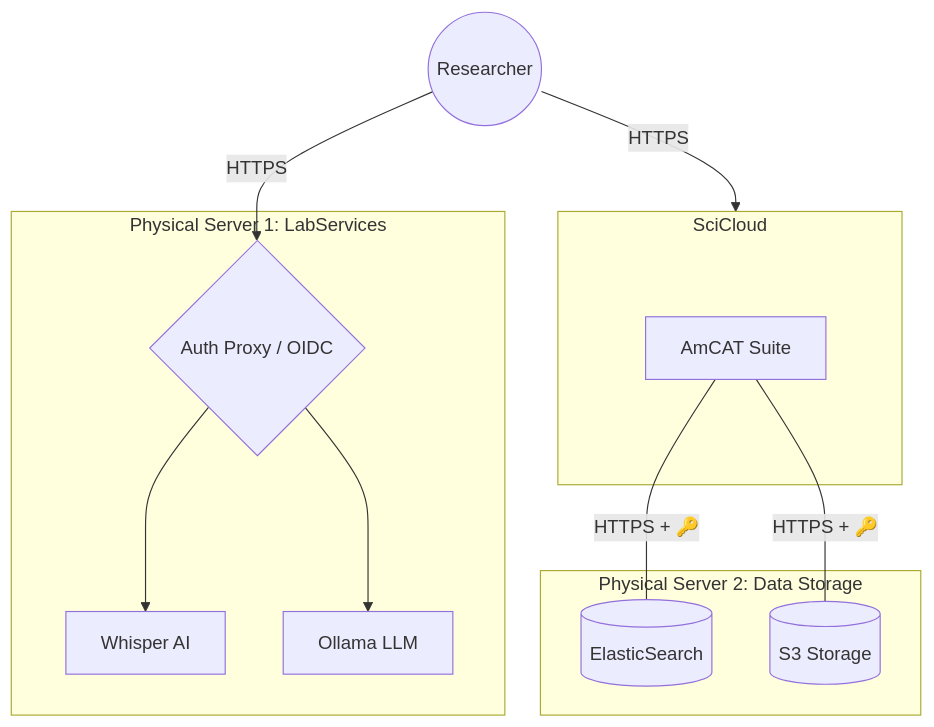
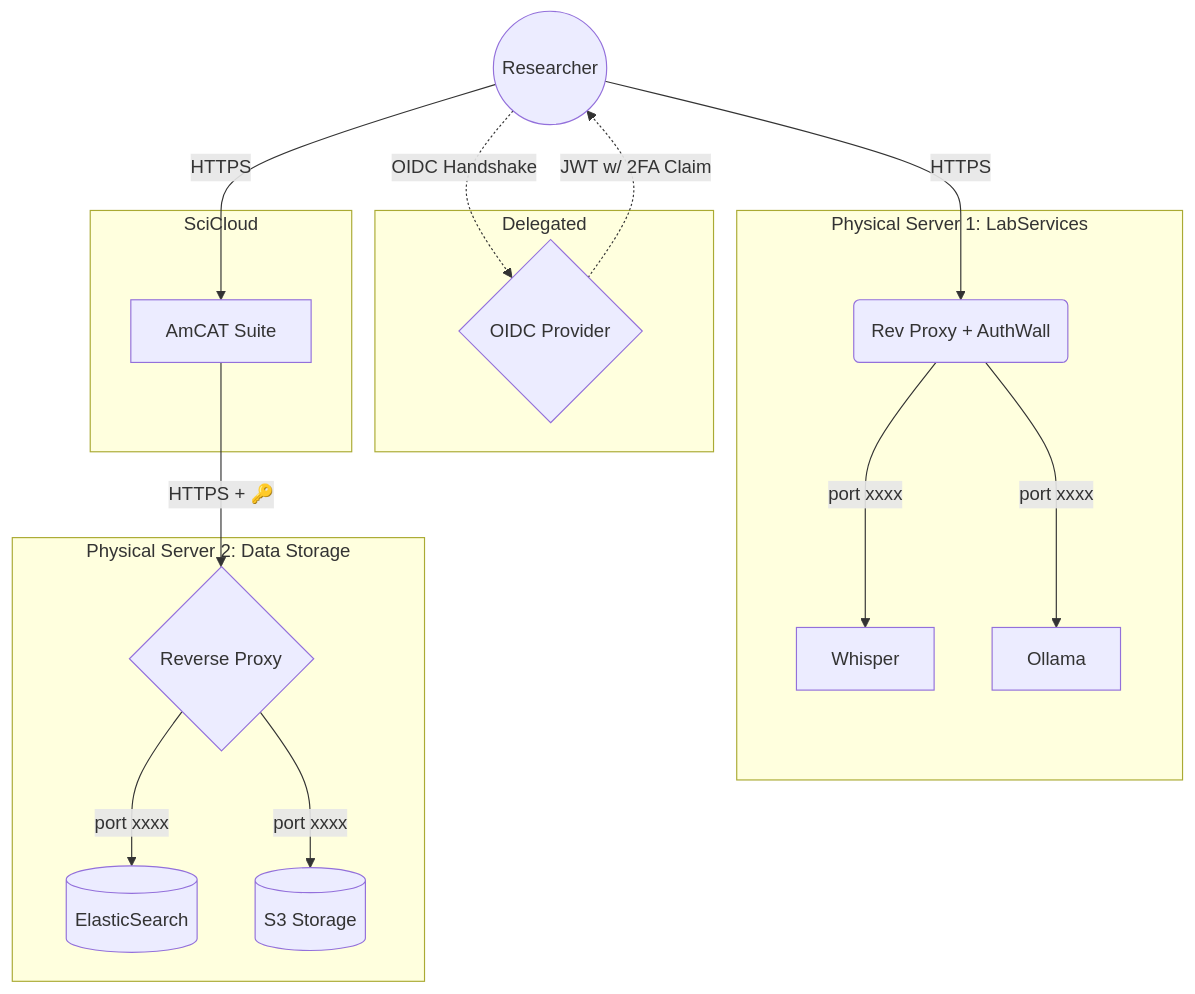
The diagram in docs/index.md (kasperwelbers/societal-analytics-lab-infra), drawn with Mermaid before and after one commit. The commit also changed other lines of this file and 1 other file, not shown here.

Commit message:
minor updates

````diff
--- a/docs/index.md
+++ b/docs/index.md
@@ -10,28 +10,44 @@
 ```mermaid
 graph TD
-    User((Researcher)) -->|HTTPS| SciCloud
-    User -->|HTTPS| AuthWall{Auth Proxy / OIDC}
+    User((Researcher))
     
+    %% Authentication
+    subgraph Auth [Delegated]
+        IdP{OIDC Provider}
+    end
+    User -.->|OIDC Handshake| IdP
+    IdP -.->|JWT w/ 2FA Claim| User
+    
+
+    %% SciCloud Environment
     subgraph SciCloud [SciCloud]
         AmCAT[AmCAT Suite]
     end
     
+    %% Physical Server 1
     subgraph LabServices [Physical Server 1: LabServices]
-        AuthWall
-        AuthWall --> Whisper[Whisper AI]
-        AuthWall --> Ollama[Ollama LLM]
+        ProxyLab(Rev Proxy + AuthWall)
+        ProxyLab -->|port xxxx| Whisper
+        ProxyLab -->|port xxxx| Ollama
     end
 
+    %% Physical Server 2
     subgraph Storage [Physical Server 2: Data Storage]
+        ProxyStorage{Reverse Proxy}
         ES[(ElasticSearch)]
         S3[(S3 Storage)]
     end
+    
 
+    %% External Incoming Connections
+    User -->|HTTPS| AmCAT
+    User -->|HTTPS| ProxyLab
 
-    %% Internal Data Connections
-    AmCAT ---|HTTPS + 🔑| ES
-    AmCAT ---|HTTPS + 🔑| S3
+    %% Storage Routing (Internal via Proxy)
+    AmCAT -->|HTTPS + 🔑| ProxyStorage
+    ProxyStorage -->|port xxxx| ES
+    ProxyStorage -->|port xxxx| S3
 
     %% Clickable Links
     click AmCAT "./amcat" "View AmCAT Technical Docs"
 ```
````
